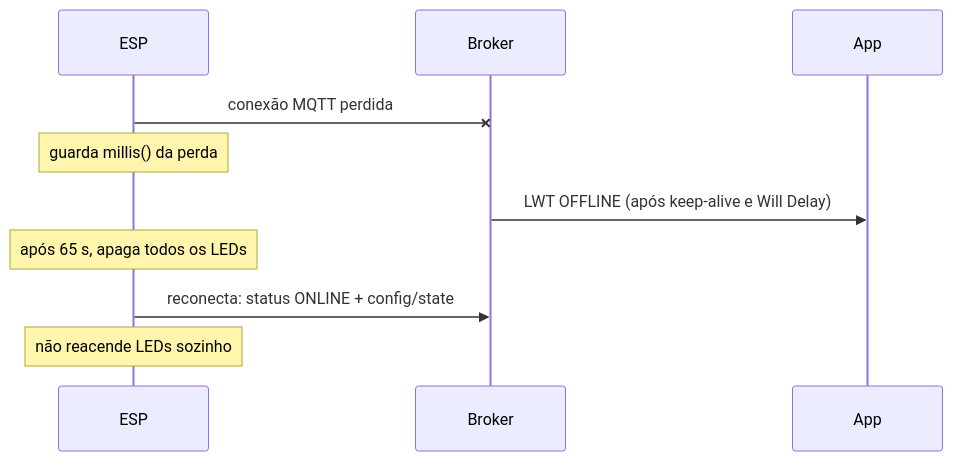
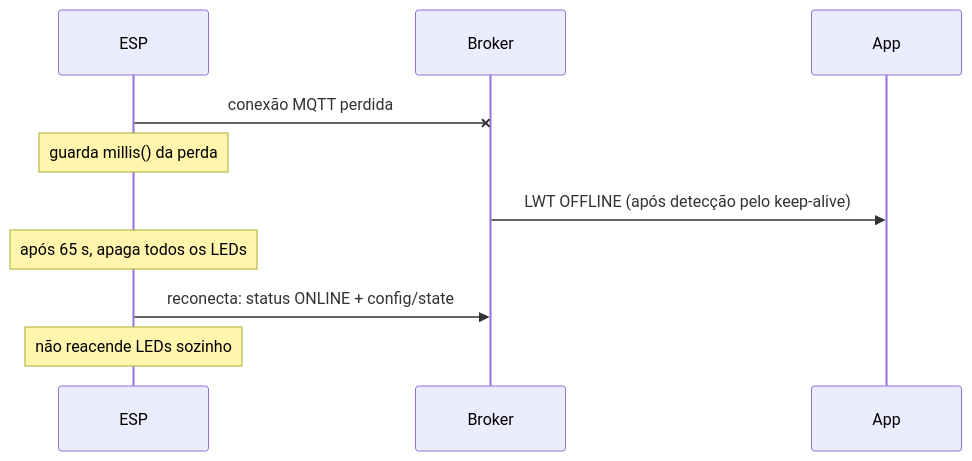
The ninth of 9 diagrams in especificacao/MQTT5_E_ESP32.md (LuizVieira11/PickByLight), drawn with Mermaid before and after one commit. The commit also changed other lines of this file, not shown here.

Commit message:
docs(spec): registra que Will Delay nao tem efeito com Session Expiry 0 (decisao A)

````diff
--- a/especificacao/MQTT5_E_ESP32.md
+++ b/especificacao/MQTT5_E_ESP32.md
@@ -689,13 +689,13 @@
 ```mermaid
 sequenceDiagram
   participant E as ESP
   participant B as Broker
   participant A as App
 
   E-xB: conexão MQTT perdida
   Note over E: guarda millis() da perda
-  B->>A: LWT OFFLINE (após keep-alive e Will Delay)
+  B->>A: LWT OFFLINE (após detecção pelo keep-alive)
   Note over E: após 65 s, apaga todos os LEDs
   E->>B: reconecta: status ONLINE + config/state
   Note over E: não reacende LEDs sozinho
 ```
````
